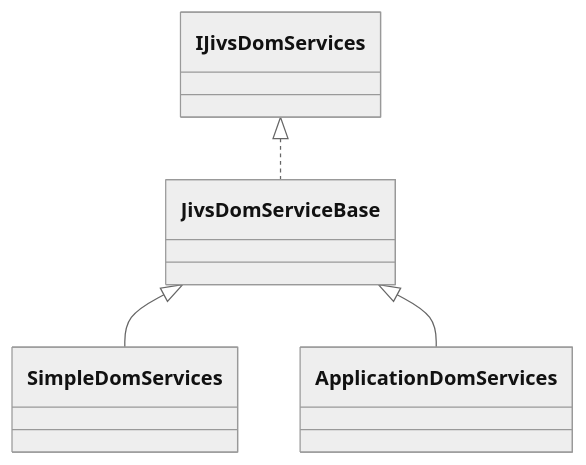
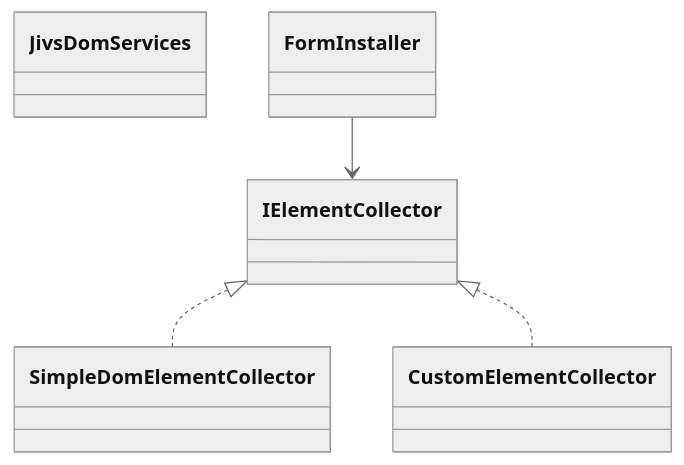
One commit to plblum/jivs changed diagram 13 of 14 in planning/Jivs-DOM_Implementation_Design.md. Above: the diagram before and after it, drawn with Mermaid (neutral theme). The commit also changed other lines of this file, not shown here.

````diff
--- a/planning/Jivs-DOM_Implementation_Design.md
+++ b/planning/Jivs-DOM_Implementation_Design.md
@@ -4914,11 +4914,12 @@
 ```mermaid
 classDiagram
-    class IJivsDomServices
-    class JivsDomServiceBase
-    class SimpleDomServices
-    class ApplicationDomServices
+    class JivsDomServices
+    class IElementCollector
+    class SimpleDomElementCollector
+    class CustomElementCollector
+    class FormInstaller
 
-    IJivsDomServices <|.. JivsDomServiceBase
-    JivsDomServiceBase <|-- SimpleDomServices
-    JivsDomServiceBase <|-- ApplicationDomServices
+    IElementCollector <|.. SimpleDomElementCollector
+    IElementCollector <|.. CustomElementCollector
+    FormInstaller --> IElementCollector
 ```
````
